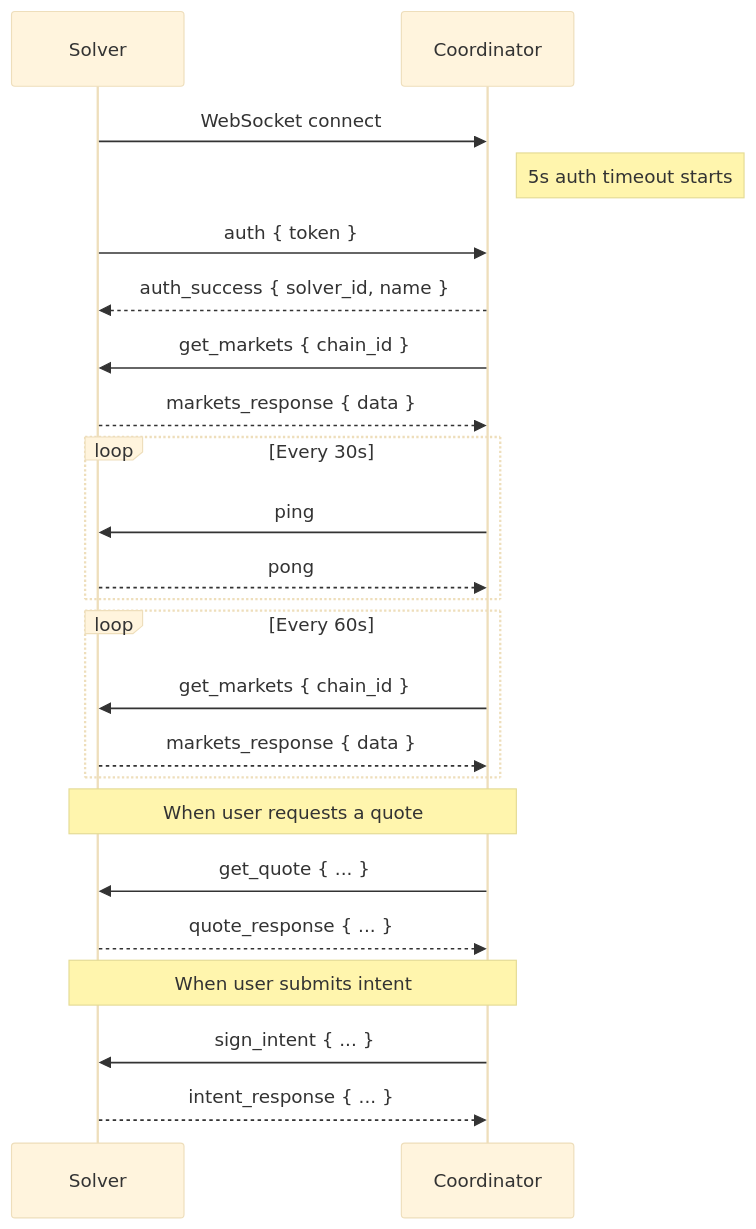
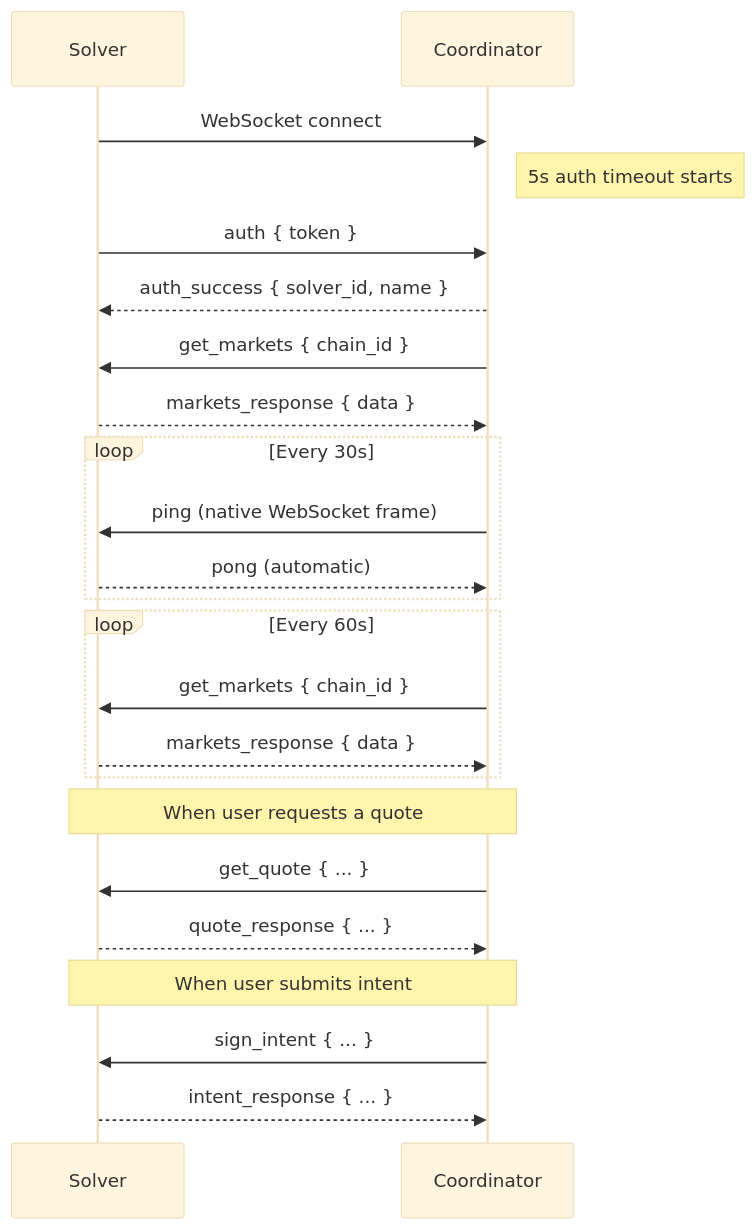
The diagram in solver/websocket-guide.mdx (Miljan9602/docs), drawn with Mermaid (base theme) before and after one commit. The commit also changed other lines of this file, not shown here.

Commit message:
Remove ping/pongs from docs

````diff
--- a/solver/websocket-guide.mdx
+++ b/solver/websocket-guide.mdx
@@ -52,32 +52,32 @@
 ```mermaid
 sequenceDiagram
     participant Solver
     participant Coordinator
 
     Solver->>Coordinator: WebSocket connect
     Note right of Coordinator: 5s auth timeout starts
 
     Solver->>Coordinator: auth { token }
     Coordinator-->>Solver: auth_success { solver_id, name }
 
     Coordinator->>Solver: get_markets { chain_id }
     Solver-->>Coordinator: markets_response { data }
 
     loop Every 30s
-        Coordinator->>Solver: ping
-        Solver-->>Coordinator: pong
+        Coordinator->>Solver: ping (native WebSocket frame)
+        Solver-->>Coordinator: pong (automatic)
     end
 
     loop Every 60s
         Coordinator->>Solver: get_markets { chain_id }
         Solver-->>Coordinator: markets_response { data }
     end
 
     Note over Coordinator, Solver: When user requests a quote
     Coordinator->>Solver: get_quote { ... }
     Solver-->>Coordinator: quote_response { ... }
 
     Note over Coordinator, Solver: When user submits intent
     Coordinator->>Solver: sign_intent { ... }
     Solver-->>Coordinator: intent_response { ... }
 ```
````
